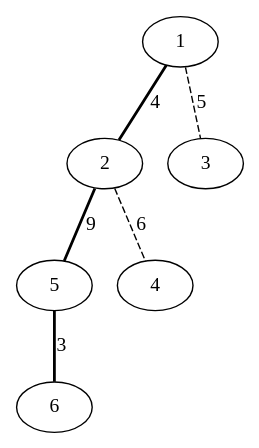
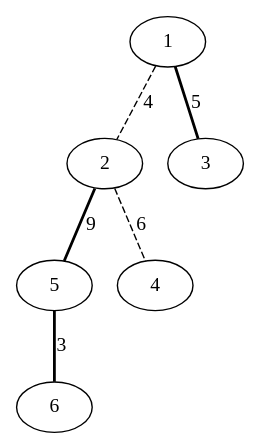
One commit to Musab1Blaser/DynamicTrees_NF changed the diagram in ST-Tree/src/combined_graph.dot. Above: the diagram before and after it, drawn with Graphviz. The commit also changed 2 other files, not shown here.

```diff
--- a/ST-Tree/src/combined_graph.dot
+++ b/ST-Tree/src/combined_graph.dot
@@ -1,13 +1,13 @@
 graph G {
-1 -- 2 [style=bold, label=4];
 2 -- 5 [style=bold, label=9];
 5 -- 6 [style=bold, label=3];
-1 -- 3 [style=dashed, label=5];
+1 -- 3 [style=bold, label=5];
+1 -- 2 [style=dashed, label=4];
 2 -- 4 [style=dashed, label=6];
 1; 
 2; 
 3; 
 4; 
 5; 
 6; 
 }
```
